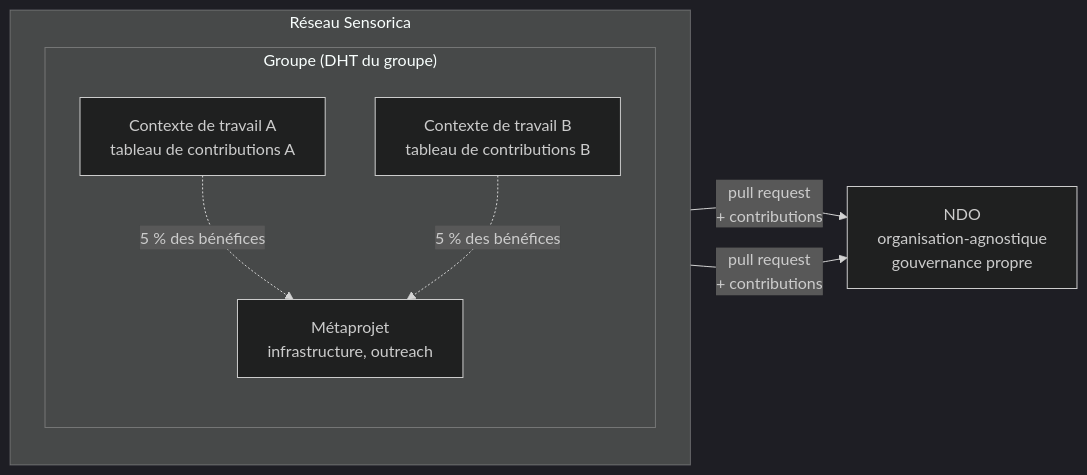
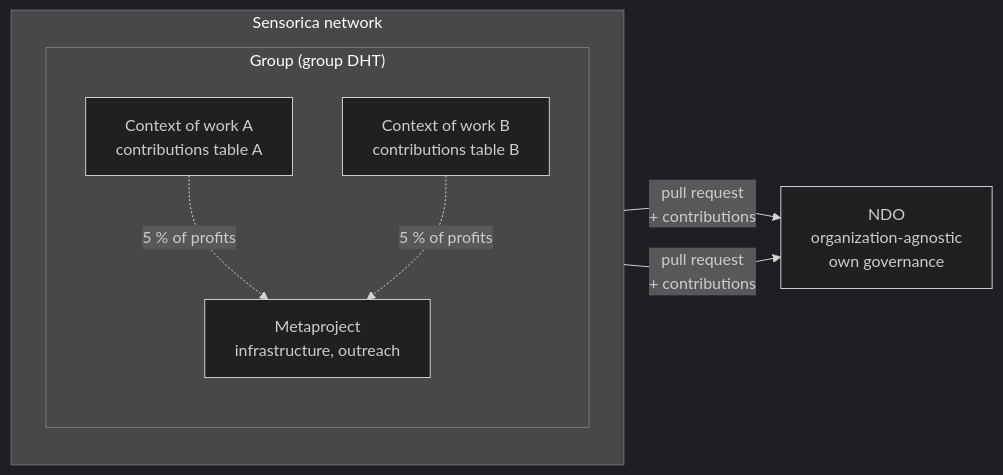
One commit to Sensorica/nondominium-design-system changed the first of 5 diagrams in content/meetings/2026-10-20-lab.md. Above: the diagram before and after it, drawn with Mermaid (dark theme). The commit also changed other lines of this file and 14 other files, not shown here.

````diff
--- a/content/meetings/2026-10-20-lab.md
+++ b/content/meetings/2026-10-20-lab.md
@@ -44,17 +45,17 @@
 ```mermaid
-%% caption: Les membranes : comptabilité par groupe et par contexte de travail, passage au NDO par sa propre gouvernance
+%% caption: The membranes: accounting per group and per context of work, passage to the NDO through its own governance
 flowchart LR
-  subgraph S["Réseau Sensorica"]
+  subgraph S["Sensorica network"]
     direction TB
-    subgraph G["Groupe (DHT du groupe)"]
+    subgraph G["Group (group DHT)"]
       direction TB
-      P1["Contexte de travail A<br/>tableau de contributions A"]
-      P2["Contexte de travail B<br/>tableau de contributions B"]
-      M["Métaprojet<br/>infrastructure, outreach"]
+      P1["Context of work A<br/>contributions table A"]
+      P2["Context of work B<br/>contributions table B"]
+      M["Metaproject<br/>infrastructure, outreach"]
     end
   end
-  P1 -- "pull request<br/>+ contributions" --> NDO["NDO<br/>organisation-agnostique<br/>gouvernance propre"]
+  P1 -- "pull request<br/>+ contributions" --> NDO["NDO<br/>organization-agnostic<br/>own governance"]
   P2 -- "pull request<br/>+ contributions" --> NDO
-  P1 -. "5 % des bénéfices" .-> M
-  P2 -. "5 % des bénéfices" .-> M
+  P1 -. "5 % of profits" .-> M
+  P2 -. "5 % of profits" .-> M
 ```
````
